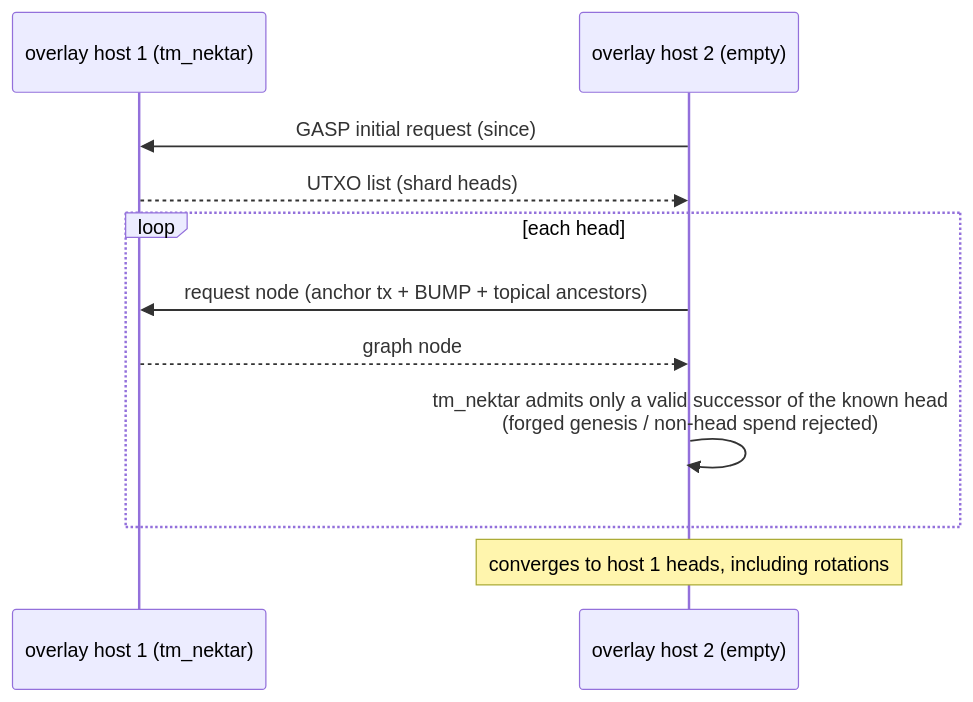
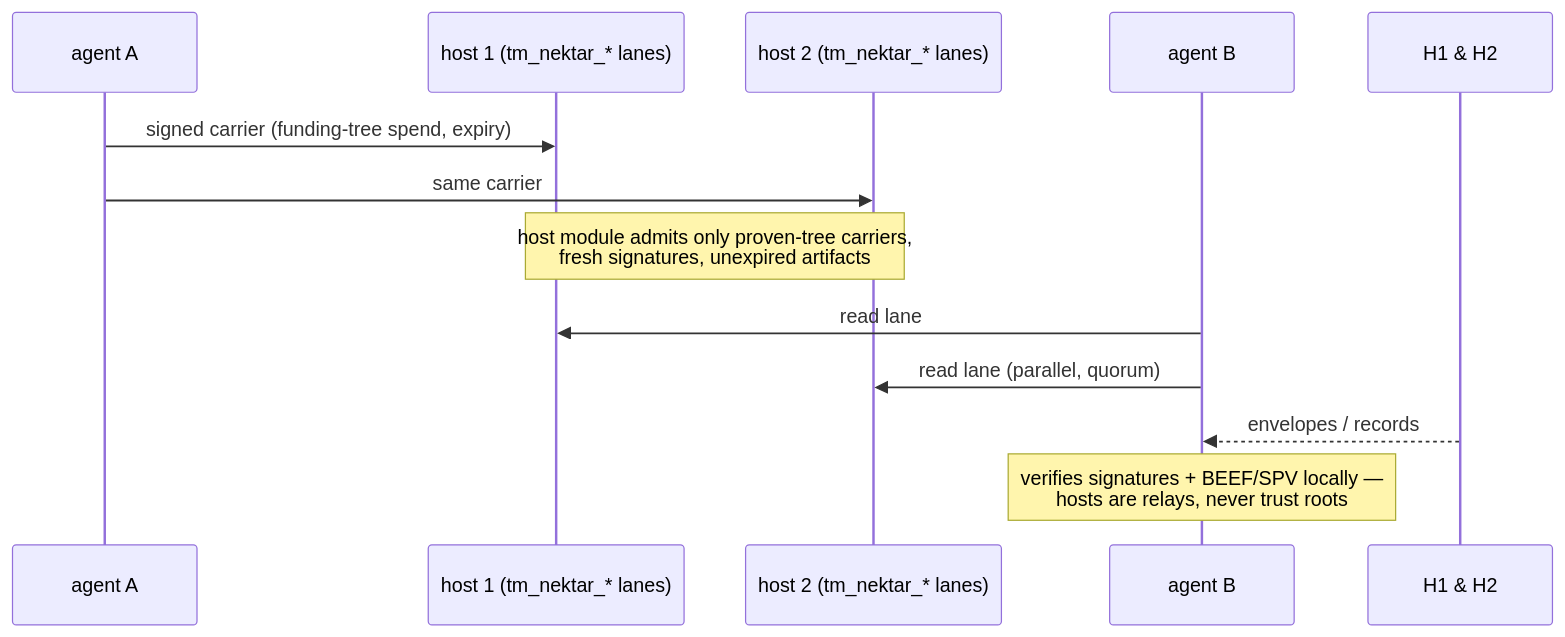
One commit to kryptokrates/nektar changed the ninth of 14 diagrams in docs/ARCHITECTURE.md. Above: the diagram before and after it, drawn with Mermaid. The commit also changed other lines of this file and 1974 other files, not shown here.

````diff
--- a/docs/ARCHITECTURE.md
+++ b/docs/ARCHITECTURE.md
@@ -187,13 +187,14 @@
 ```mermaid
 sequenceDiagram
-  participant H1 as overlay host 1 (tm_nektar)
-  participant H2 as overlay host 2 (empty)
-  H2->>H1: GASP initial request (since)
-  H1-->>H2: UTXO list (shard heads)
-  loop each head
-    H2->>H1: request node (anchor tx + BUMP + topical ancestors)
-    H1-->>H2: graph node
-    H2->>H2: tm_nektar admits only a valid successor of the known head<br/>(forged genesis / non-head spend rejected)
-  end
-  Note over H2: converges to host 1 heads, including rotations
+  participant A as agent A
+  participant H1 as host 1 (tm_nektar_* lanes)
+  participant H2 as host 2 (tm_nektar_* lanes)
+  participant B as agent B
+  A->>H1: signed carrier (funding-tree spend, expiry)
+  A->>H2: same carrier
+  Note over H1,H2: host module admits only proven-tree carriers,<br/>fresh signatures, unexpired artifacts
+  B->>H1: read lane
+  B->>H2: read lane (parallel, quorum)
+  H1 & H2-->>B: envelopes / records
+  Note over B: verifies signatures + BEEF/SPV locally —<br/>hosts are relays, never trust roots
 ```
````
